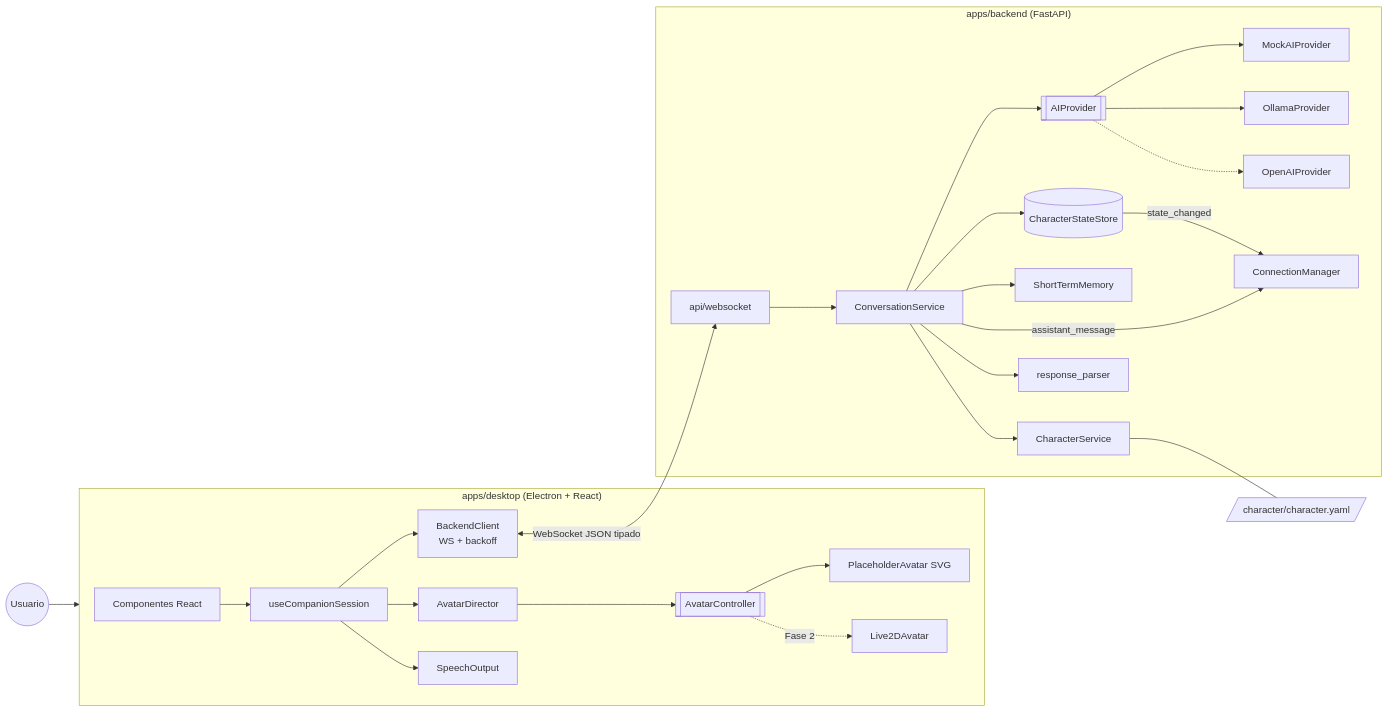
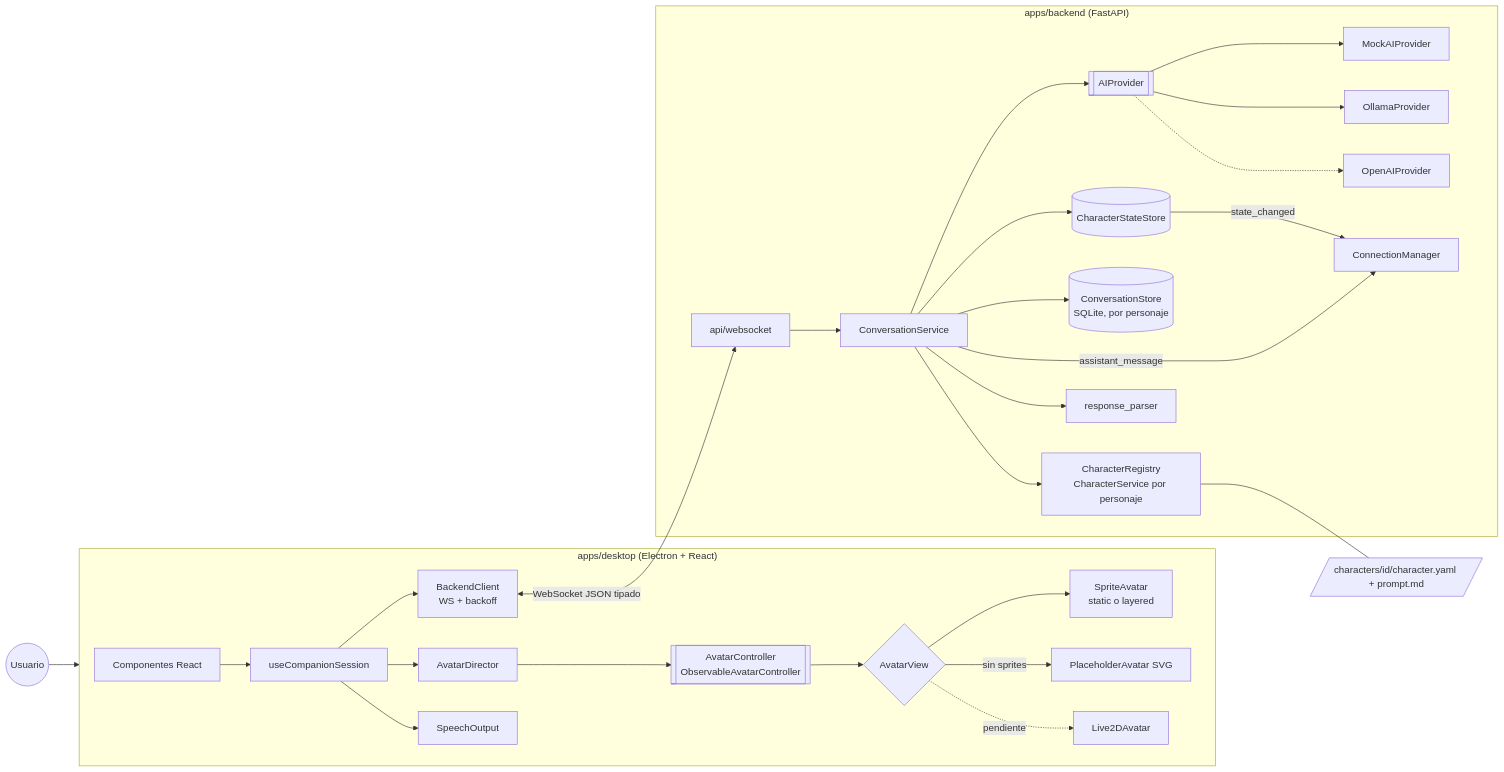
Before and after one commit to hariasimov21/V-companion: the first of 2 diagrams in docs/architecture.md, drawn with Mermaid. The commit also changed other lines of this file and 68 other files, not shown here.

````diff
--- a/docs/architecture.md
+++ b/docs/architecture.md
@@ -8,32 +8,34 @@
 ```mermaid
 flowchart LR
     User((Usuario)) --> Desktop
 
     subgraph Desktop["apps/desktop (Electron + React)"]
         UI[Componentes React] --> Session[useCompanionSession]
         Session --> Client[BackendClient<br/>WS + backoff]
         Session --> Director[AvatarDirector]
         Session --> Speech[SpeechOutput]
-        Director --> AvatarCtl[[AvatarController]]
-        AvatarCtl --> Placeholder[PlaceholderAvatar SVG]
-        AvatarCtl -.Fase 2.-> Live2D[Live2DAvatar]
+        Director --> AvatarCtl[[AvatarController<br/>ObservableAvatarController]]
+        AvatarCtl --> View{AvatarView}
+        View --> Sprite[SpriteAvatar<br/>static o layered]
+        View -->|sin sprites| Placeholder[PlaceholderAvatar SVG]
+        View -.pendiente.-> Live2D[Live2DAvatar]
     end
 
     Client <-->|WebSocket JSON tipado| WS
 
     subgraph Backend["apps/backend (FastAPI)"]
         WS[api/websocket] --> Conv[ConversationService]
         Conv --> State[(CharacterStateStore)]
-        Conv --> Char[CharacterService]
-        Conv --> STM[ShortTermMemory]
+        Conv --> Char[CharacterRegistry<br/>CharacterService por personaje]
+        Conv --> Store[(ConversationStore<br/>SQLite, por personaje)]
         Conv --> AI[[AIProvider]]
         AI --> Mock[MockAIProvider]
         AI --> Ollama[OllamaProvider]
         AI -.-> OpenAI[OpenAIProvider]
         Conv --> Parser[response_parser]
         State -->|state_changed| Conn[ConnectionManager]
         Conv -->|assistant_message| Conn
     end
 
-    Char --- Yaml[/character/character.yaml/]
+    Char --- Yaml[/characters/id/character.yaml + prompt.md/]
 ```
````
